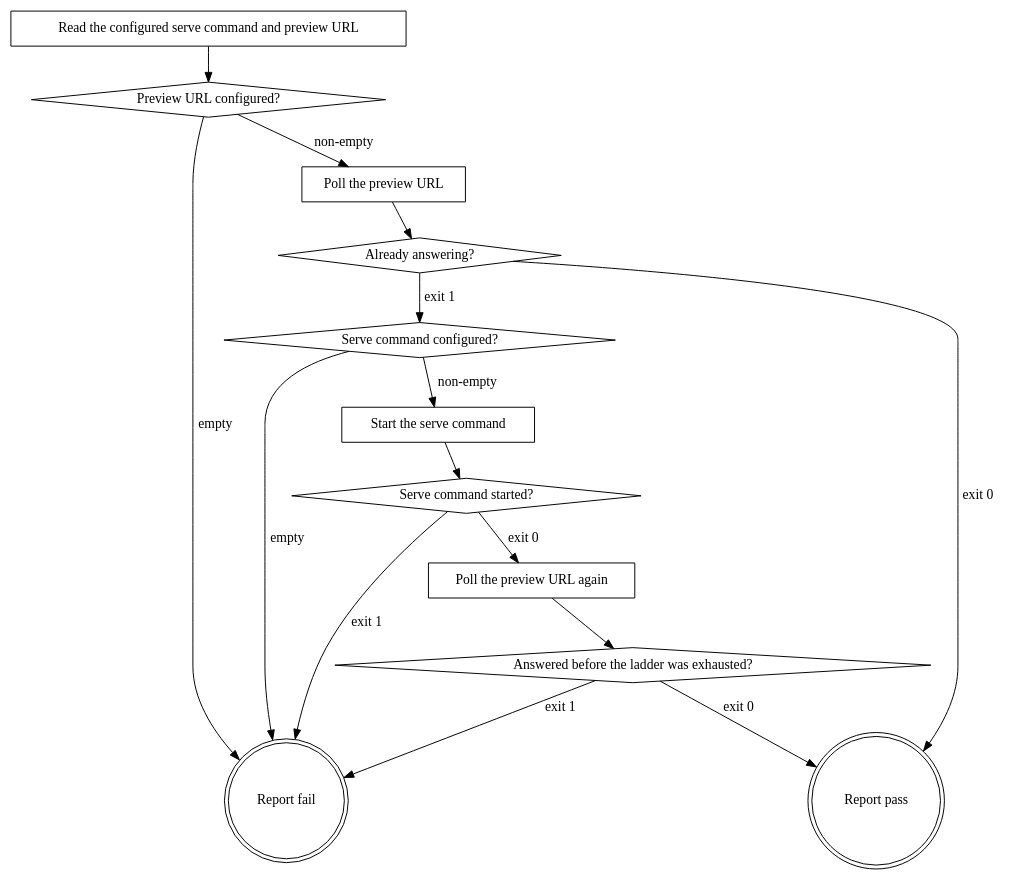
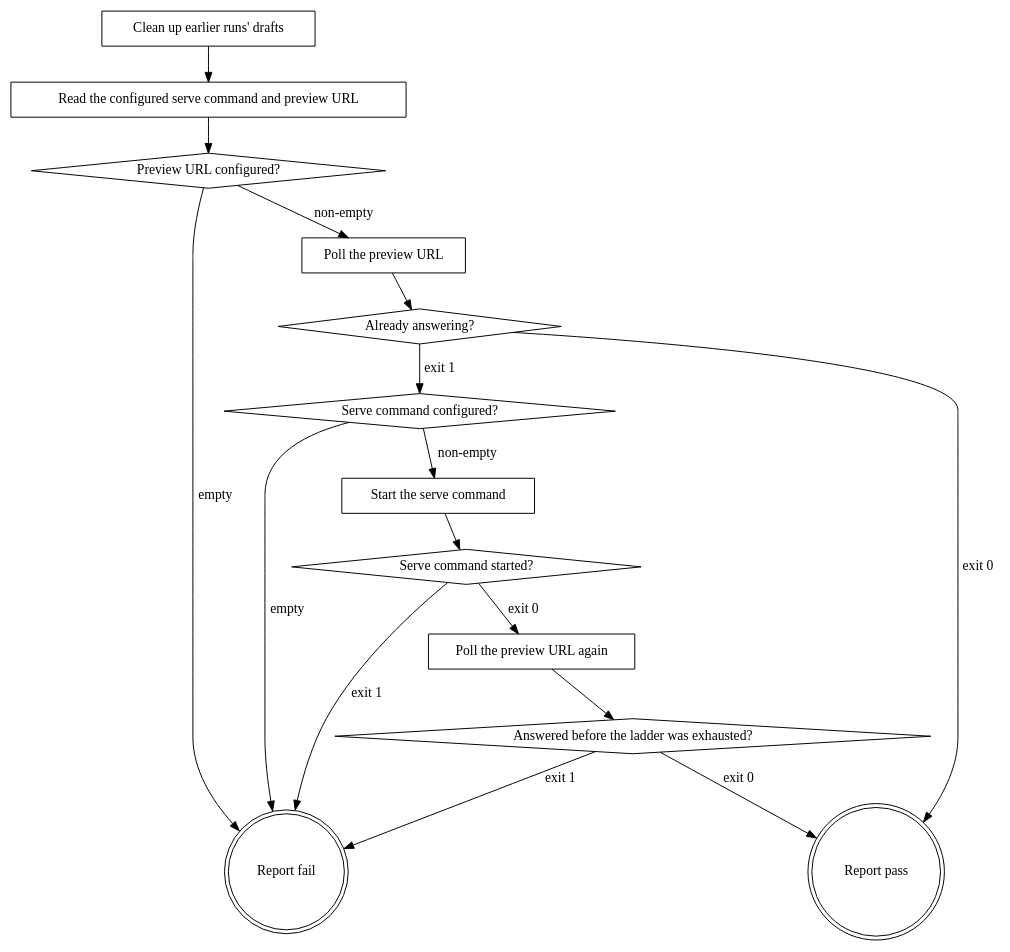
Before and after one commit to agenticDraft/aem-eds-ai-workflow-demo: the diagram in plugins/eds/skills/eds-serve/SKILL.md, drawn with Graphviz. The commit also changed other lines of this file and 9 other files, not shown here.

Commit message:
serve cleans up drafts by change state; one long-lived draft server (D533)

````diff
--- a/plugins/eds/skills/eds-serve/SKILL.md
+++ b/plugins/eds/skills/eds-serve/SKILL.md
@@ -57,30 +70,32 @@
 ```dot
 digraph eds_serve {
+    "Clean up earlier runs' drafts" [shape=box];
     "Read the configured serve command and preview URL" [shape=box];
     "Preview URL configured?" [shape=diamond];
     "Poll the preview URL" [shape=box];
     "Already answering?" [shape=diamond];
     "Serve command configured?" [shape=diamond];
     "Start the serve command" [shape=box];
     "Serve command started?" [shape=diamond];
     "Poll the preview URL again" [shape=box];
     "Answered before the ladder was exhausted?" [shape=diamond];
     "Report fail" [shape=doublecircle];
     "Report pass" [shape=doublecircle];
 
+    "Clean up earlier runs' drafts" -> "Read the configured serve command and preview URL";
     "Read the configured serve command and preview URL" -> "Preview URL configured?";
     "Preview URL configured?" -> "Poll the preview URL" [label="non-empty"];
     "Preview URL configured?" -> "Report fail" [label="empty"];
     "Poll the preview URL" -> "Already answering?";
     "Already answering?" -> "Report pass" [label="exit 0"];
     "Already answering?" -> "Serve command configured?" [label="exit 1"];
     "Serve command configured?" -> "Start the serve command" [label="non-empty"];
     "Serve command configured?" -> "Report fail" [label="empty"];
     "Start the serve command" -> "Serve command started?";
     "Serve command started?" -> "Poll the preview URL again" [label="exit 0"];
     "Serve command started?" -> "Report fail" [label="exit 1"];
     "Poll the preview URL again" -> "Answered before the ladder was exhausted?";
     "Answered before the ladder was exhausted?" -> "Report pass" [label="exit 0"];
     "Answered before the ladder was exhausted?" -> "Report fail" [label="exit 1"];
 }
 ```
````
